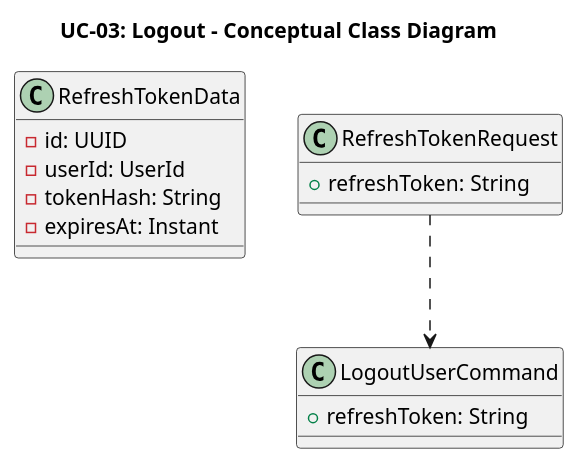
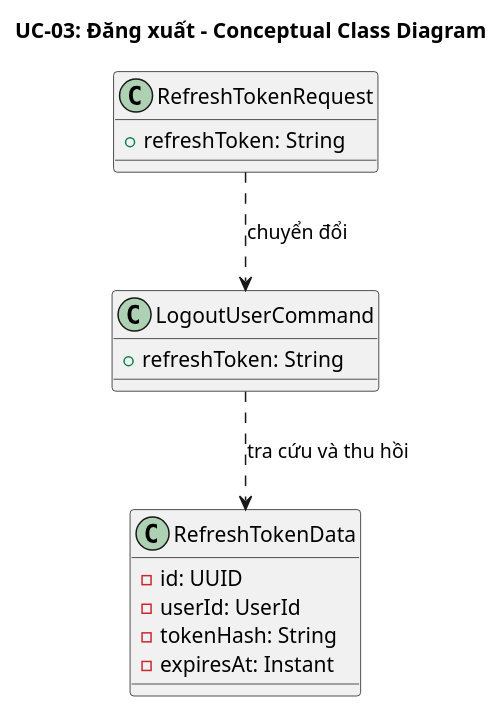
One commit to Phunguy65/train-ticket-booking-system-plus changed the fifth of 7 diagrams in docs/usecases/UC-03-dang-xuat.md. Above: the diagram before and after it, drawn with PlantUML. The commit also changed other lines of this file and 14 other files, not shown here.

````diff
--- a/docs/usecases/UC-03-dang-xuat.md
+++ b/docs/usecases/UC-03-dang-xuat.md
@@ -69,22 +99,23 @@
 ```plantuml
 @startuml UC-03-class
-title UC-03: Logout - Conceptual Class Diagram
+title UC-03: Đăng xuất - Conceptual Class Diagram
 
 class "RefreshTokenData" as RefreshTokenData {
   - id: UUID
   - userId: UserId
   - tokenHash: String
   - expiresAt: Instant
 }
 
 class "RefreshTokenRequest" as RefreshTokenRequest {
   + refreshToken: String
 }
 
 class "LogoutUserCommand" as LogoutUserCommand {
   + refreshToken: String
 }
 
-RefreshTokenRequest ..> LogoutUserCommand
+RefreshTokenRequest ..> LogoutUserCommand : chuyển đổi
+LogoutUserCommand ..> RefreshTokenData : tra cứu và thu hồi
 @enduml
 ```
````
